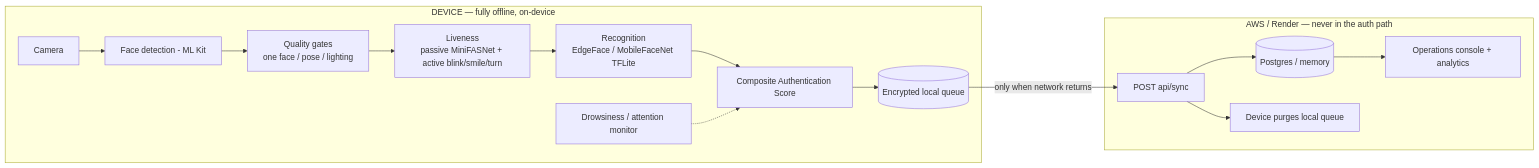
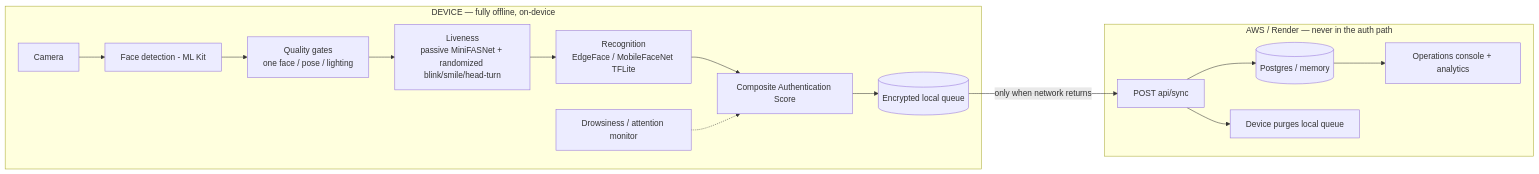
One commit to perrysolid/NHAI changed the first of 3 diagrams in README.md. Above: the diagram before and after it, drawn with Mermaid. The commit also changed other lines of this file and 11 other files, not shown here.

First line of the commit message:
feat(liveness+readme): randomized blink+smile+head-turn; banner README

````diff
--- a/README.md
+++ b/README.md
@@ -35,18 +29,18 @@
 ```mermaid
 flowchart LR
   subgraph DEVICE["DEVICE — fully offline, on-device"]
     CAM[Camera] --> DET[Face detection - ML Kit]
     DET --> GATE[Quality gates<br/>one face / pose / lighting]
-    GATE --> LIVE[Liveness<br/>passive MiniFASNet + active blink/smile/turn]
+    GATE --> LIVE[Liveness<br/>passive MiniFASNet + randomized blink/smile/head-turn]
     LIVE --> REC[Recognition<br/>EdgeFace / MobileFaceNet TFLite]
     REC --> SCORE[Composite Authentication Score]
     SCORE --> Q[(Encrypted local queue)]
     ATT[Drowsiness / attention monitor] -.-> SCORE
   end
   Q -->|only when network returns| API[POST api/sync]
   subgraph CLOUD["AWS / Render — never in the auth path"]
     API --> DB[(Postgres / memory)]
     API --> PURGE[Device purges local queue]
     DB --> DASH[Operations console + analytics]
   end
 ```
````
